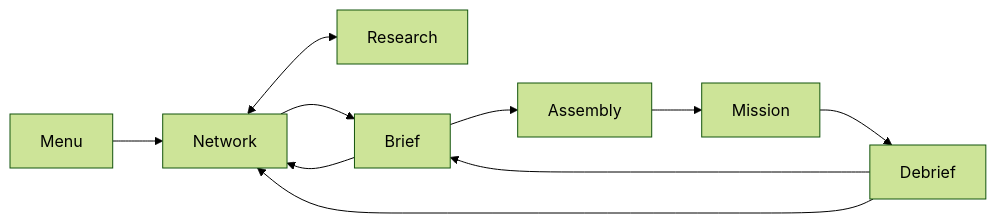
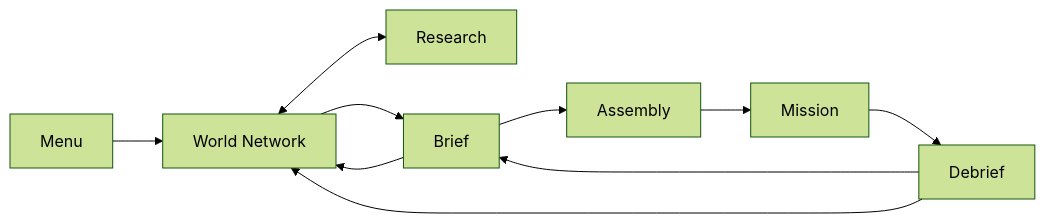
Before and after one commit to marco-machado/nexus-reborn: the diagram in docs/game-design.md, drawn with Mermaid (forest theme). The commit also changed other lines of this file, not shown here.

````diff
--- a/docs/game-design.md
+++ b/docs/game-design.md
@@ -123,12 +125,12 @@
 ```mermaid
 flowchart LR
-    Menu --> Network
-    Network <--> Research
-    Network --> Brief
-    Brief --> Network
+    Menu --> WorldNetwork[World Network]
+    WorldNetwork <--> Research
+    WorldNetwork --> Brief
+    Brief --> WorldNetwork
     Brief --> Assembly
     Assembly --> Mission
     Mission --> Debrief
-    Debrief --> Network
+    Debrief --> WorldNetwork
     Debrief --> Brief
 ```
````
